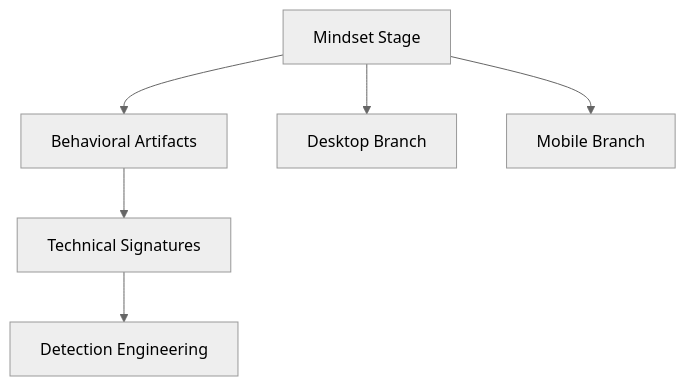
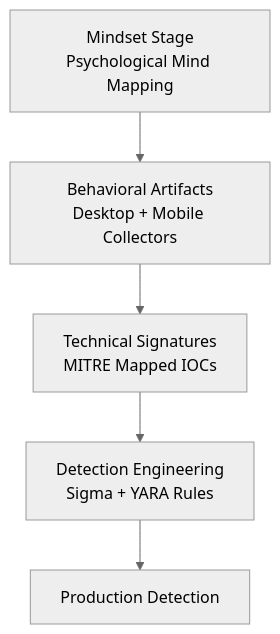
One commit to noah369-ux/mindforge-threat-analyst changed the diagram in README.md. Above: the diagram before and after it, drawn with Mermaid (neutral theme). The commit also changed other lines of this file and 4 other files, not shown here.

Commit message:
Round 4: Added examples, real Sigma rules, GitHub Actions CI, updated README with diagram and topics

````diff
--- a/README.md
+++ b/README.md
@@ -1,8 +6,11 @@
 ```mermaid
 flowchart TD
-    A[Mindset Stage] --> B[Behavioral Artifacts]
-    B --> C[Technical Signatures]
-    C --> D[Detection Engineering]
-    A --> E[Desktop Branch]
-    A --> F[Mobile Branch]
+    A[Mindset Stage
+Psychological Mind Mapping] --> B[Behavioral Artifacts
+Desktop + Mobile Collectors]
+    B --> C[Technical Signatures
+MITRE Mapped IOCs]
+    C --> D[Detection Engineering
+Sigma + YARA Rules]
+    D --> E[Production Detection]
 ```
````
